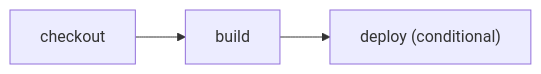
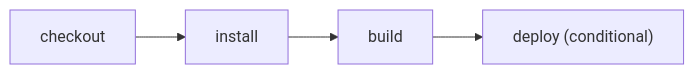
One commit to ericclemmons/effect-ci-testbed changed the diagram in examples/deploy-hook/README.md. Above: the diagram before and after it, drawn with Mermaid. The commit also changed other lines of this file and 6 other files, not shown here.

````diff
--- a/examples/deploy-hook/README.md
+++ b/examples/deploy-hook/README.md
@@ -5,8 +5,10 @@
 ```mermaid
 flowchart LR
   step_checkout["checkout"]
+  step_install["install"]
   step_build["build"]
   step_deploy["deploy (conditional)"]
-  step_checkout --> step_build
+  step_checkout --> step_install
+  step_install --> step_build
   step_build --> step_deploy
 ```
````
